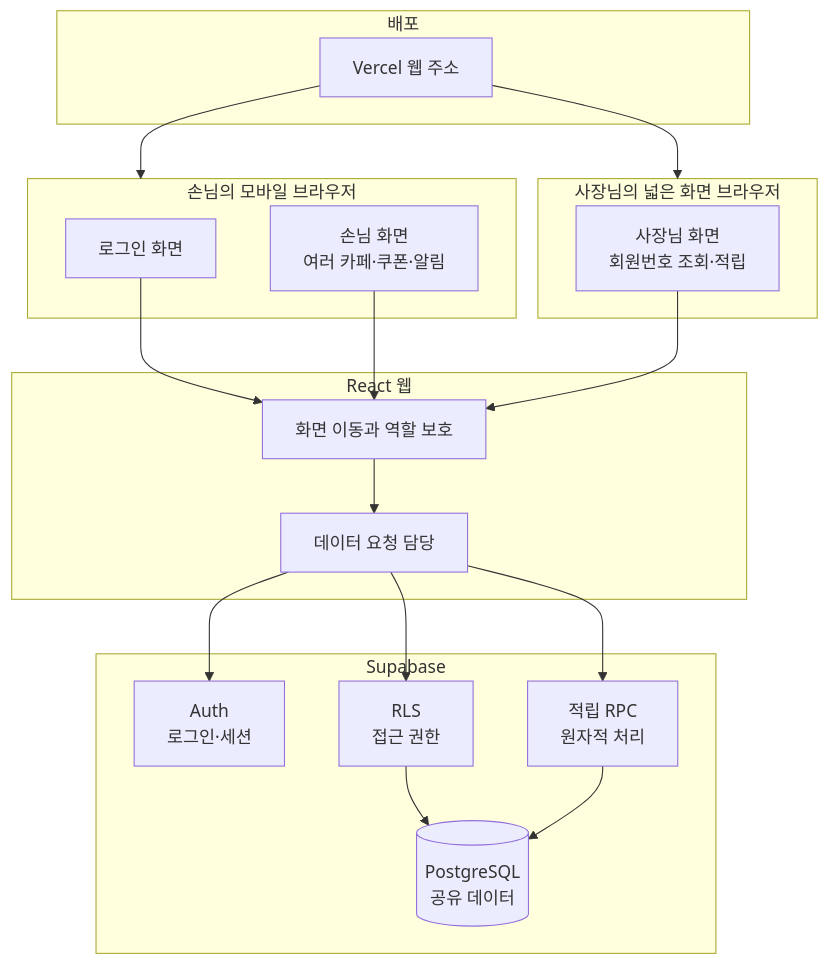
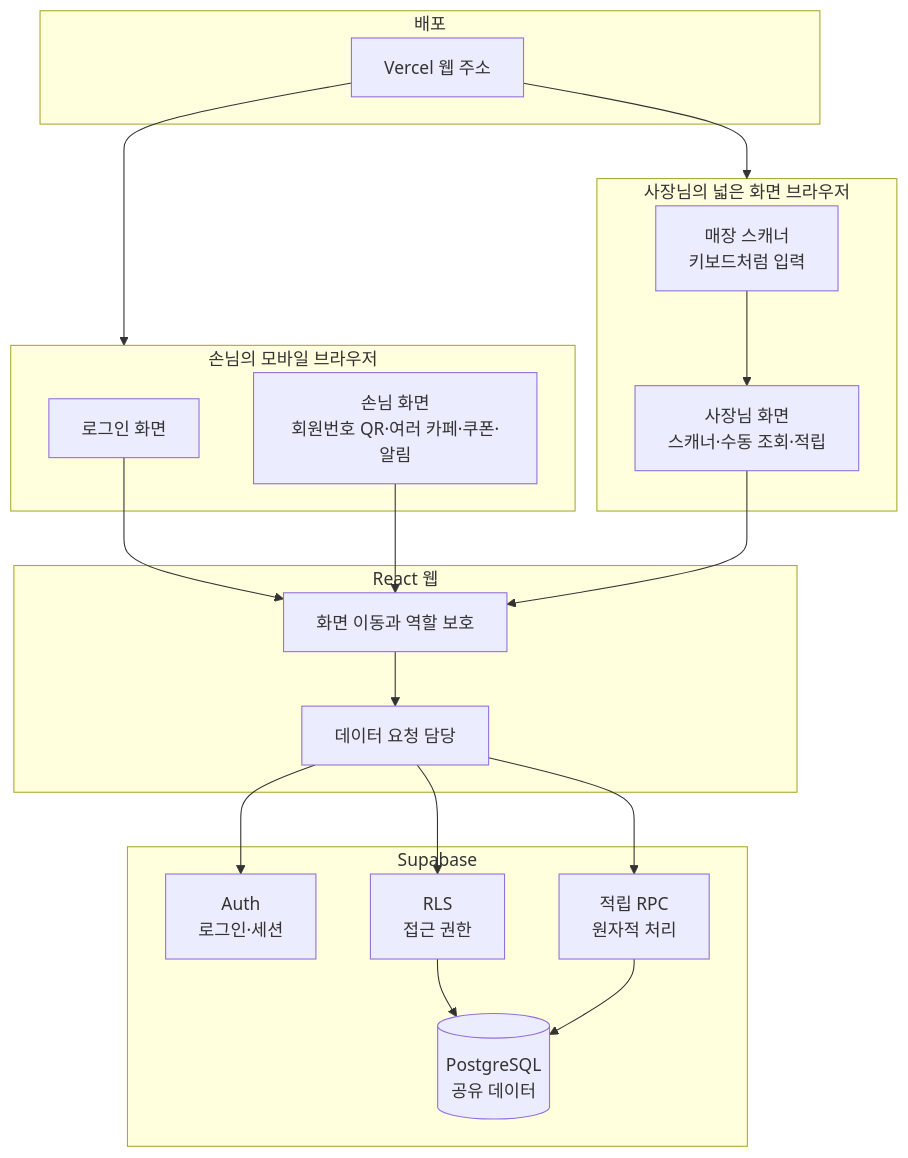
Before and after one commit to Mureung1/hub-showcase: the third of 12 diagrams in docs/beginner-development-roadmap.md, drawn with Mermaid. The commit also changed other lines of this file and 6 other files, not shown here.

````diff
--- a/docs/beginner-development-roadmap.md
+++ b/docs/beginner-development-roadmap.md
@@ -52,39 +55,41 @@
 ```mermaid
 flowchart TB
     subgraph CustomerBrowser["손님의 모바일 브라우저"]
         Login["로그인 화면"]
-        CustomerPage["손님 화면<br/>여러 카페·쿠폰·알림"]
+        CustomerPage["손님 화면<br/>회원번호 QR·여러 카페·쿠폰·알림"]
     end
 
     subgraph OwnerBrowser["사장님의 넓은 화면 브라우저"]
-        OwnerPage["사장님 화면<br/>회원번호 조회·적립"]
+        Scanner["매장 스캐너<br/>키보드처럼 입력"]
+        OwnerPage["사장님 화면<br/>스캐너·수동 조회·적립"]
     end
 
     subgraph Frontend["React 웹"]
         Router["화면 이동과 역할 보호"]
         Services["데이터 요청 담당"]
     end
 
     subgraph Supabase["Supabase"]
         Auth["Auth<br/>로그인·세션"]
         RLS["RLS<br/>접근 권한"]
         Database[("PostgreSQL<br/>공유 데이터")]
         RPC["적립 RPC<br/>원자적 처리"]
     end
 
     subgraph Deploy["배포"]
         Vercel["Vercel 웹 주소"]
     end
 
     Login --> Router
     CustomerPage --> Router
+    Scanner --> OwnerPage
     OwnerPage --> Router
     Router --> Services
     Services --> Auth
     Services --> RLS
     RLS --> Database
     Services --> RPC
     RPC --> Database
     Vercel --> CustomerBrowser
     Vercel --> OwnerBrowser
 ```
````
